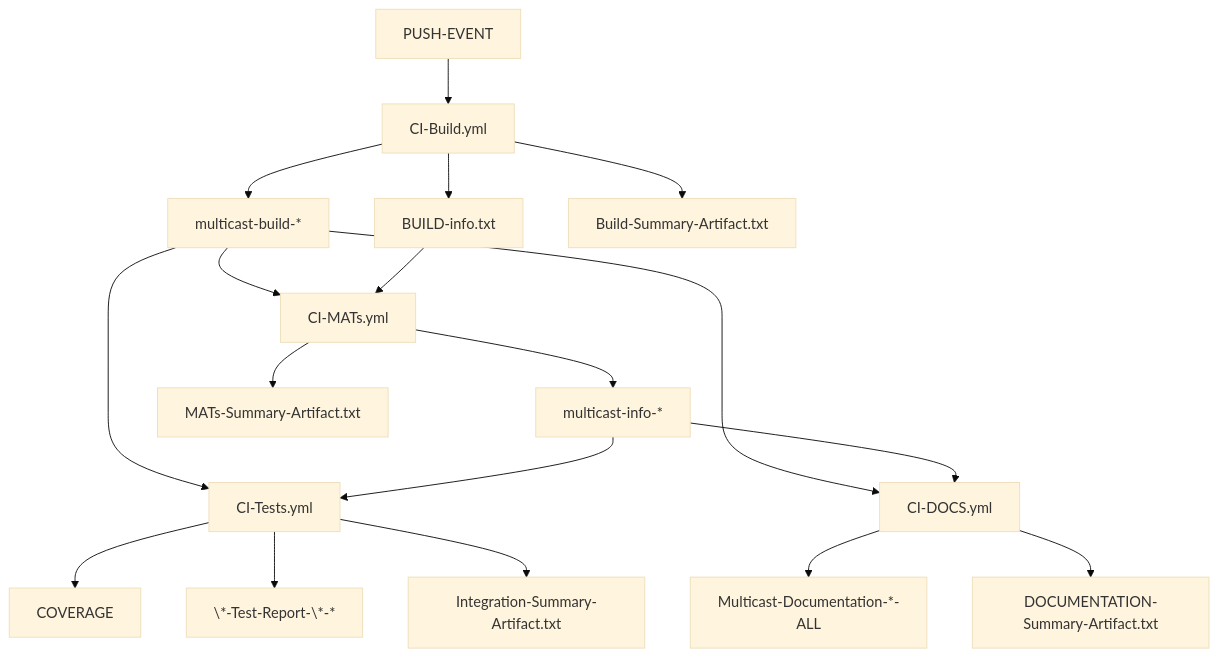
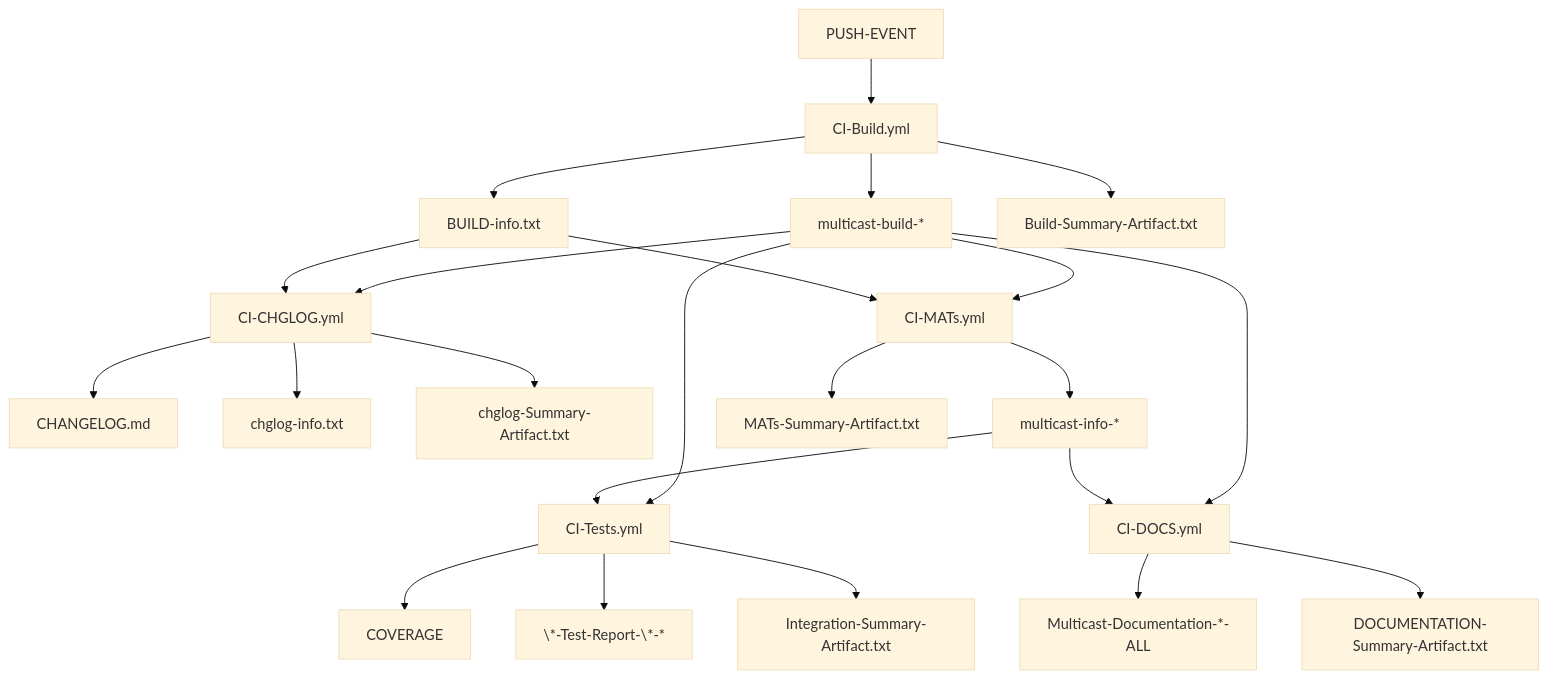
Before and after one commit to reactive-firewall/multicast: the first of 5 diagrams in docs/CI.md, drawn with Mermaid (base theme). The commit also changed other lines of this file and 1 other file, not shown here.

First line of the commit message:
[FEATURE] Initial implementation of new CI-CHGLOG GHA (- WIP #155 -)

````diff
--- a/docs/CI.md
+++ b/docs/CI.md
@@ -74,20 +74,25 @@
 ```mermaid
 graph TD;
     PUSH-EVENT-->CI-Build.yml;
     CI-Build.yml-->multicast-build-*;
     CI-Build.yml-->BUILD-info.txt;
     CI-Build.yml-->Build-Summary-Artifact.txt;
     multicast-build-*-->CI-MATs.yml;
+    multicast-build-*-->CI-CHGLOG.yml;
     BUILD-info.txt-->CI-MATs.yml;
+    BUILD-info.txt-->CI-CHGLOG.yml;
+    CI-CHGLOG.yml-->CHANGELOG.md;
+    CI-CHGLOG.yml-->chglog-info.txt;
+    CI-CHGLOG.yml-->chglog-Summary-Artifact.txt;
     CI-MATs.yml-->multicast-info-*;
     CI-MATs.yml-->MATs-Summary-Artifact.txt;
     multicast-build-*-->CI-Tests.yml;
     multicast-info-*-->CI-Tests.yml;
     CI-Tests.yml-->COVERAGE;
     CI-Tests.yml-->\*-Test-Report-\*-*;
     CI-Tests.yml-->Integration-Summary-Artifact.txt;
     multicast-build-*-->CI-DOCS.yml;
     multicast-info-*-->CI-DOCS.yml;
     CI-DOCS.yml-->Multicast-Documentation-*-ALL;
     CI-DOCS.yml-->DOCUMENTATION-Summary-Artifact.txt;
 ```
````
